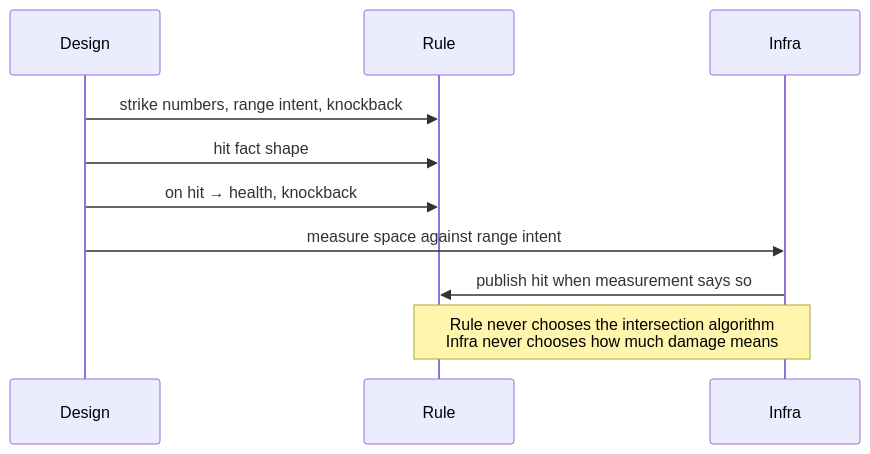
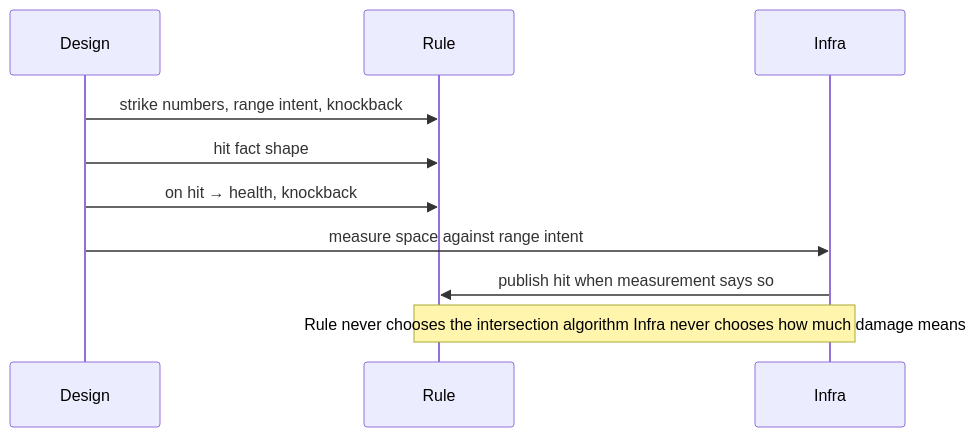
One commit to fm39hz/fm39hz-blogs changed the first of 8 diagrams in src/content/articles/another-way-to-think-about-game-architecture.md. Above: the diagram before and after it, drawn with Mermaid. The commit also changed other lines of this file and 21 other files, not shown here.

````diff
--- a/src/content/articles/another-way-to-think-about-game-architecture.md
+++ b/src/content/articles/another-way-to-think-about-game-architecture.md
@@ -71,15 +71,15 @@
 ```mermaid
 sequenceDiagram
     participant Design
     participant Rule
     participant Infra
 
     Design->>Rule: strike numbers, range intent, knockback
     Design->>Rule: hit fact shape
     Design->>Rule: on hit → health, knockback
 
     Design->>Infra: measure space against range intent
     Infra->>Rule: publish hit when measurement says so
 
-    Note over Rule,Infra: Rule never chooses the intersection algorithm<br/>Infra never chooses how much damage means
+    Note over Rule,Infra: Rule never chooses the intersection algorithm Infra never chooses how much damage means
 ```
````
